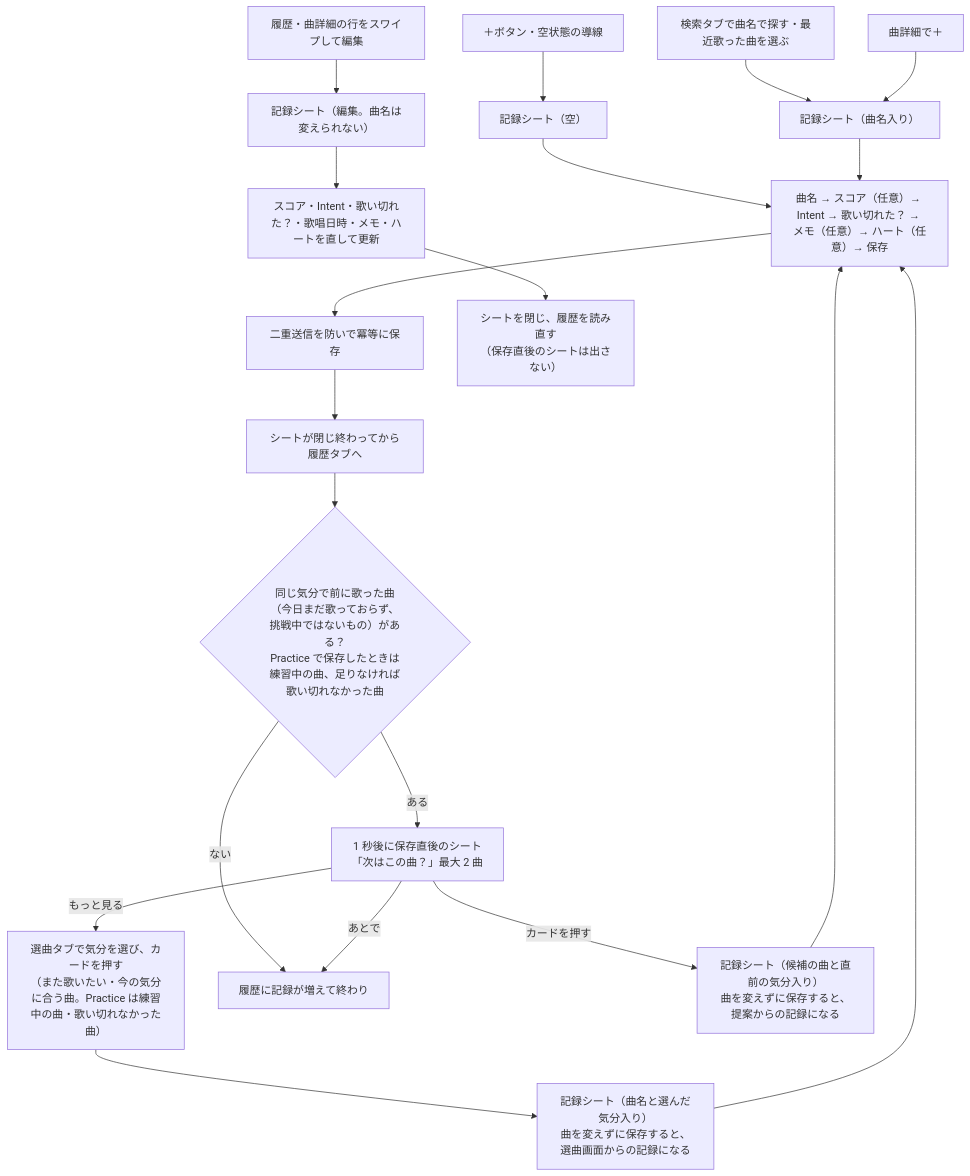
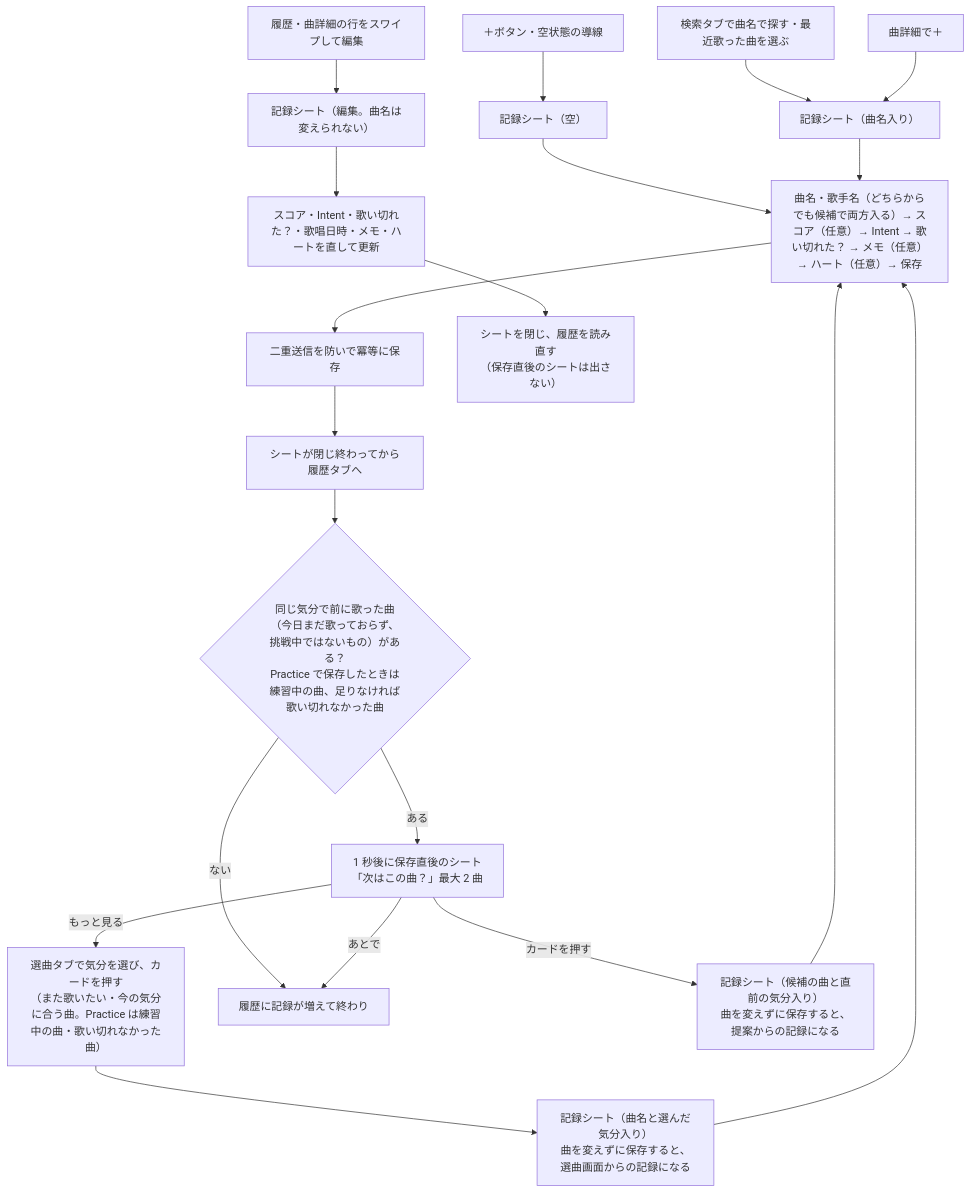
The fourth of 4 diagrams in docs/architecture.md (omomi-moti/Karaoke_support), drawn with Mermaid before and after one commit. The commit also changed other lines of this file and 9 other files, not shown here.

````diff
--- a/docs/architecture.md
+++ b/docs/architecture.md
@@ -219,24 +222,24 @@
 ```mermaid
 flowchart TD
     P["＋ボタン・空状態の導線"] --> S1["記録シート（空）"]
     R["検索タブで曲名で探す・最近歌った曲を選ぶ"] --> S2["記録シート（曲名入り）"]
     TD["曲詳細で＋"] --> S2
     SEL["選曲タブで気分を選び、カードを押す<br>（また歌いたい・今の気分に合う曲。Practice は練習中の曲・歌い切れなかった曲）"] --> S5["記録シート（曲名と選んだ気分入り）<br>曲を変えずに保存すると、選曲画面からの記録になる"]
     E["履歴・曲詳細の行をスワイプして編集"] --> S3["記録シート（編集。曲名は変えられない）"]
 
-    S1 --> IN["曲名 → スコア（任意）→ Intent → 歌い切れた？ → メモ（任意）→ ハート（任意）→ 保存"]
+    S1 --> IN["曲名・歌手名（どちらからでも候補で両方入る）→ スコア（任意）→ Intent → 歌い切れた？ → メモ（任意）→ ハート（任意）→ 保存"]
     S2 --> IN
     IN --> SAVE["二重送信を防いで冪等に保存"]
     SAVE --> CLOSE["シートが閉じ終わってから履歴タブへ"]
     CLOSE --> Q{"同じ気分で前に歌った曲<br>（今日まだ歌っておらず、挑戦中ではないもの）がある？<br>Practice で保存したときは練習中の曲、足りなければ歌い切れなかった曲"}
     Q -->|ある| AS["1 秒後に保存直後のシート<br>「次はこの曲？」最大 2 曲"]
     Q -->|ない| END["履歴に記録が増えて終わり"]
     AS -->|カードを押す| S4["記録シート（候補の曲と直前の気分入り）<br>曲を変えずに保存すると、提案からの記録になる"]
     AS -->|あとで| END
     AS -->|もっと見る| SEL
     S4 --> IN
     S5 --> IN
 
     S3 --> UP["スコア・Intent・歌い切れた？・歌唱日時・メモ・ハートを直して更新"]
     UP --> CLOSE2["シートを閉じ、履歴を読み直す<br>（保存直後のシートは出さない）"]
 ```
````
